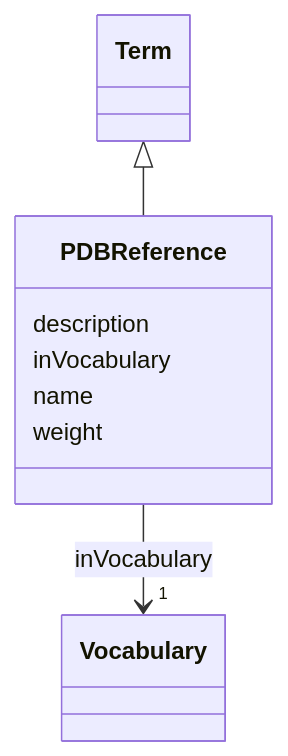
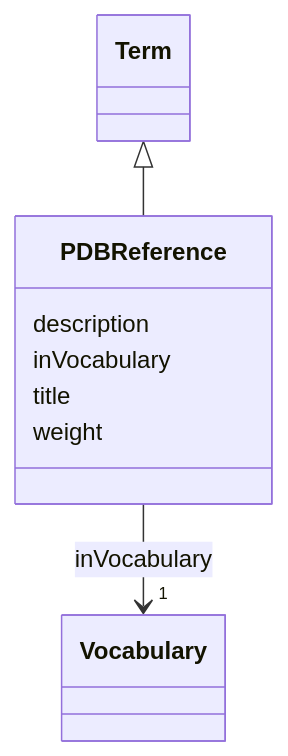
One commit to EVORA-project/evora-ontology changed the diagram in models/docs/PDBReference.md. Above: the diagram before and after it, drawn with Mermaid. The commit also changed other lines of this file and 435 other files, not shown here.

````diff
--- a/models/docs/PDBReference.md
+++ b/models/docs/PDBReference.md
@@ -19,24 +19,24 @@
 ```mermaid
  classDiagram
     class PDBReference
     click PDBReference href "../PDBReference"
       Term <|-- PDBReference
         click Term href "../Term"
       
       PDBReference : description
         
       PDBReference : inVocabulary
         
           
     
     
     PDBReference --> "1" Vocabulary : inVocabulary
     click Vocabulary href "../Vocabulary"
 
         
-      PDBReference : name
+      PDBReference : title
         
       PDBReference : weight
         
       
 ```
````
